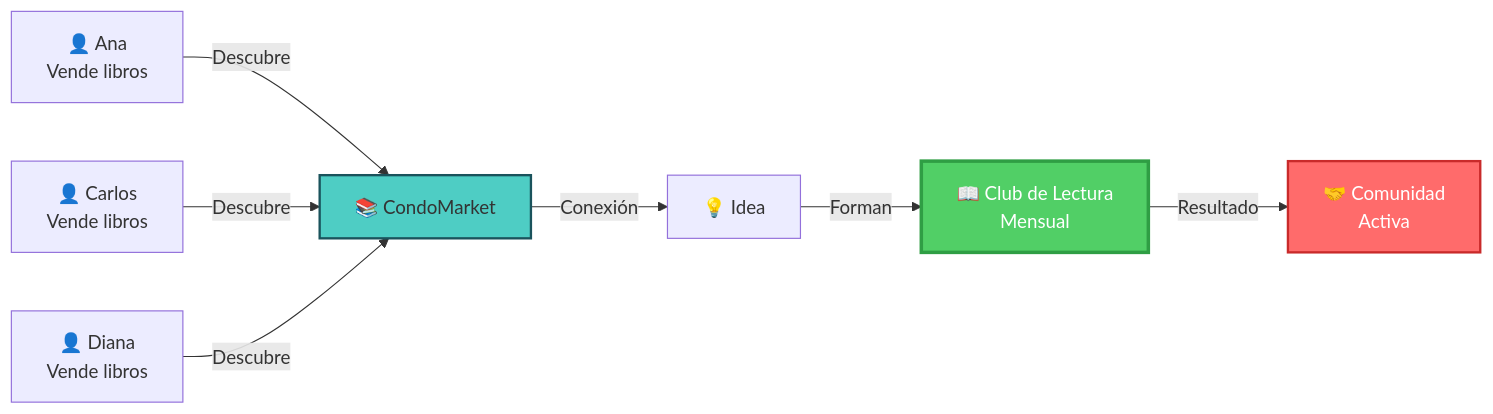
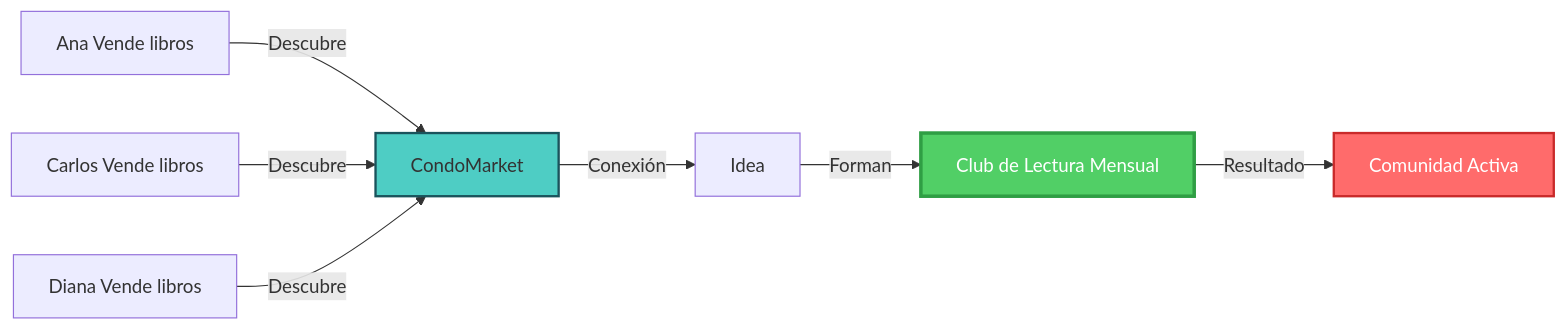
Diagram 12 of 25 in app.spanish.md (softv2ware/condomarket.api), drawn with Mermaid before and after one commit. The commit also changed other lines of this file, not shown here.

````diff
--- a/app.spanish.md
+++ b/app.spanish.md
@@ -592,13 +589,13 @@
 ```mermaid
 graph LR
-    A[👤 Ana<br/>Vende libros] -->|Descubre| B[📚 CondoMarket]
-    C[👤 Carlos<br/>Vende libros] -->|Descubre| B
-    D[👤 Diana<br/>Vende libros] -->|Descubre| B
-    B -->|Conexión| E[💡 Idea]
-    E -->|Forman| F[📖 Club de Lectura<br/>Mensual]
-    F -->|Resultado| G[🤝 Comunidad<br/>Activa]
+    A[Ana Vende libros] -->|Descubre| B[CondoMarket]
+    C[Carlos Vende libros] -->|Descubre| B
+    D[Diana Vende libros] -->|Descubre| B
+    B -->|Conexión| E[Idea]
+    E -->|Forman| F[Club de Lectura Mensual]
+    F -->|Resultado| G[Comunidad Activa]
     
     style B fill:#4ECDC4,stroke:#1A535C,stroke-width:2px
     style F fill:#51CF66,stroke:#2F9E44,stroke-width:3px,color:#fff
     style G fill:#FF6B6B,stroke:#C92A2A,stroke-width:2px,color:#fff
 ```
````
